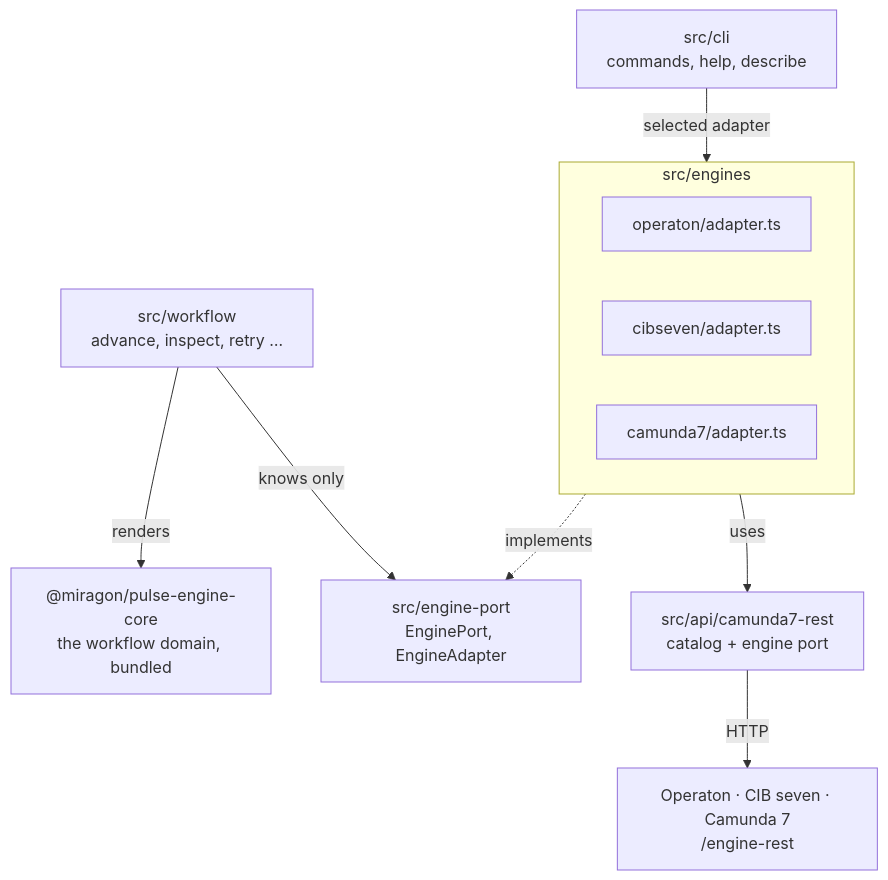
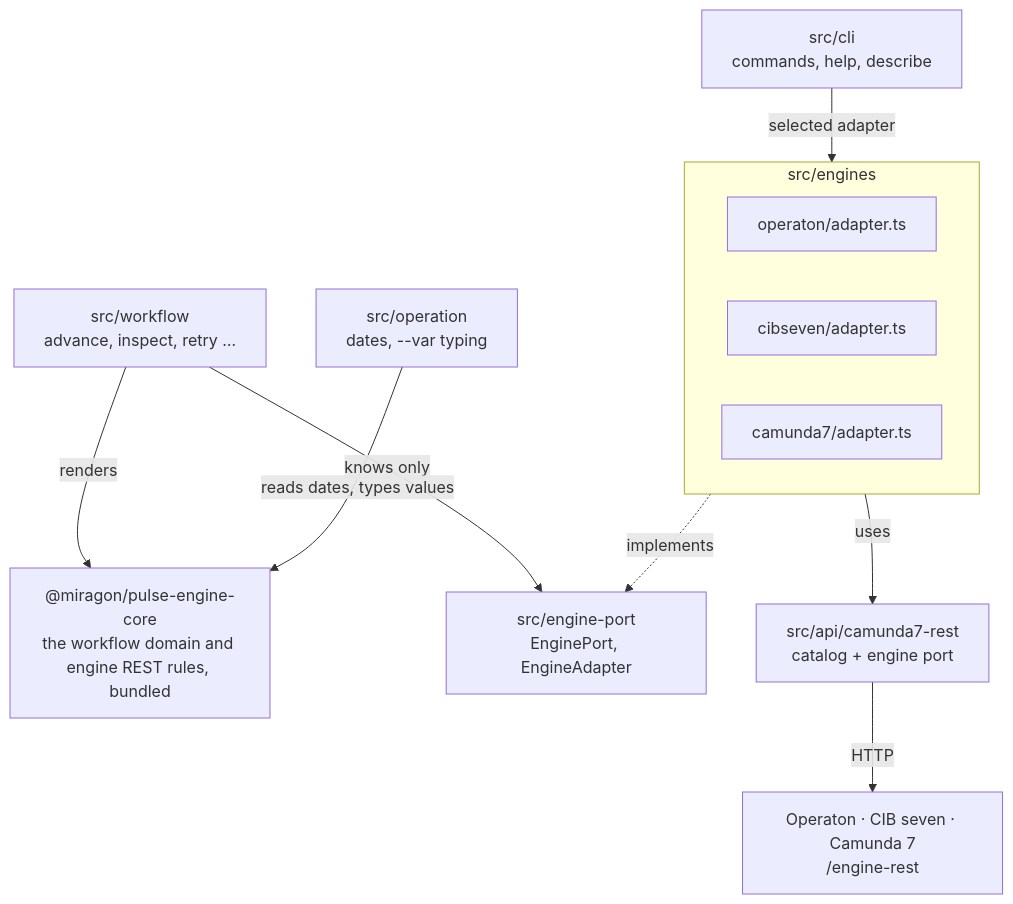
Before and after one commit to Miragon/pulse: the first of 4 diagrams in docs/cli/architecture.md, drawn with Mermaid. The commit also changed other lines of this file and 119 other files, not shown here.

````diff
--- a/docs/cli/architecture.md
+++ b/docs/cli/architecture.md
@@ -7,20 +7,22 @@
 ```mermaid
 flowchart TB
   workflow["src/workflow<br/>advance, inspect, retry …"]
-  core["@miragon/pulse-engine-core<br/>the workflow domain, bundled"]
+  core["@miragon/pulse-engine-core<br/>the workflow domain and engine REST rules, bundled"]
+  operation["src/operation<br/>dates, --var typing"]
   cli["src/cli<br/>commands, help, describe"]
   port["src/engine-port<br/>EnginePort, EngineAdapter"]
   subgraph engines["src/engines"]
     operaton["operaton/adapter.ts"]
     cibseven["cibseven/adapter.ts"]
     camunda7["camunda7/adapter.ts"]
   end
   api["src/api/camunda7-rest<br/>catalog + engine port"]
   rest["Operaton · CIB seven · Camunda 7<br/>/engine-rest"]
   workflow -- knows only --> port
   workflow -- renders --> core
+  operation -- reads dates, types values --> core
   cli -- selected adapter --> engines
   engines -. implements .-> port
   engines -- uses --> api
   api -- HTTP --> rest
 ```
````
